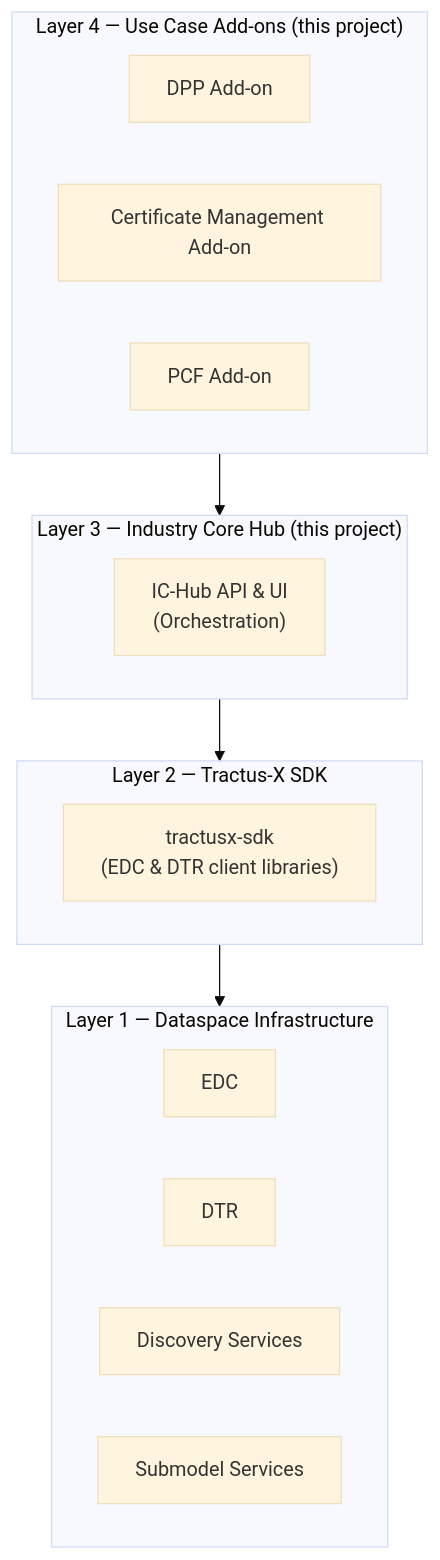
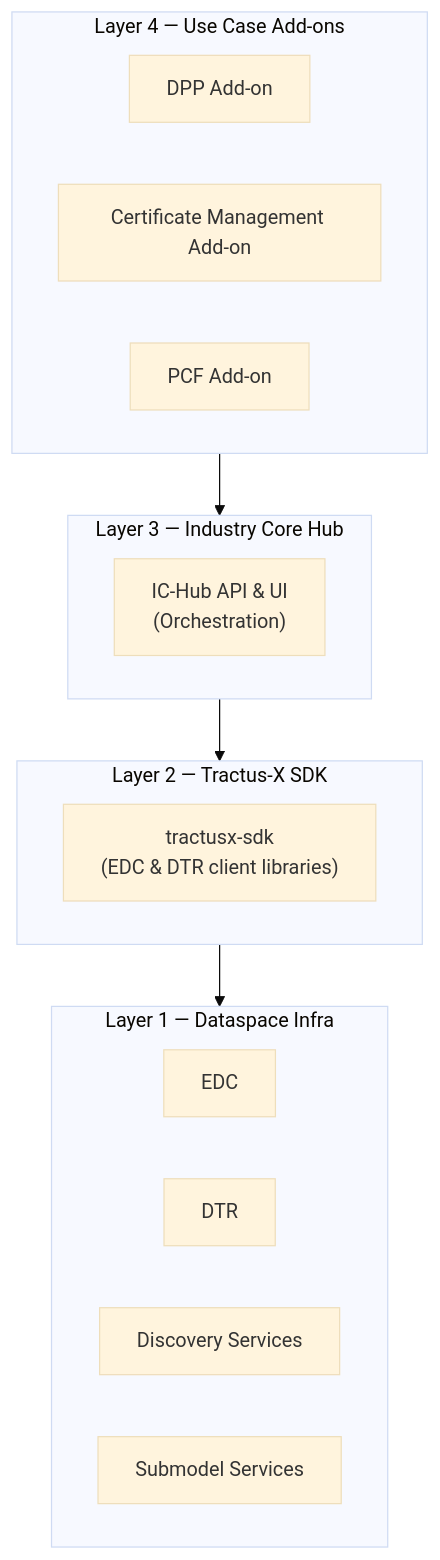
The second of 6 diagrams in README.md (jalvaro-lks/industry-core-hub), drawn with Mermaid (base theme) before and after one commit.

Commit message:
Improve README tone and diagrams

````diff
--- a/README.md
+++ b/README.md
@@ -171,24 +171,24 @@
 ```mermaid
 graph TB
-    subgraph L4["Layer 4 — Use Case Add-ons (this project)"]
+    subgraph L4["Layer 4 — Use Case Add-ons"]
         UC1["DPP Add-on"]
         UC2["Certificate Management Add-on"]
         UC3["PCF Add-on"]
     end
-    subgraph L3["Layer 3 — Industry Core Hub (this project)"]
+    subgraph L3["Layer 3 — Industry Core Hub"]
         ICH["IC-Hub API & UI<br/>(Orchestration)"]
     end
     subgraph L2["Layer 2 — Tractus-X SDK"]
         SDK["tractusx-sdk<br/>(EDC & DTR client libraries)"]
     end
-    subgraph L1["Layer 1 — Dataspace Infrastructure"]
+    subgraph L1["Layer 1 — Dataspace Infra"]
         EDC["EDC"]
         DTR["DTR"]
         DS["Discovery Services"]
         SS["Submodel Services"]
     end
 
     L4 --> L3
     L3 --> L2
     L2 --> L1
 ```
````
